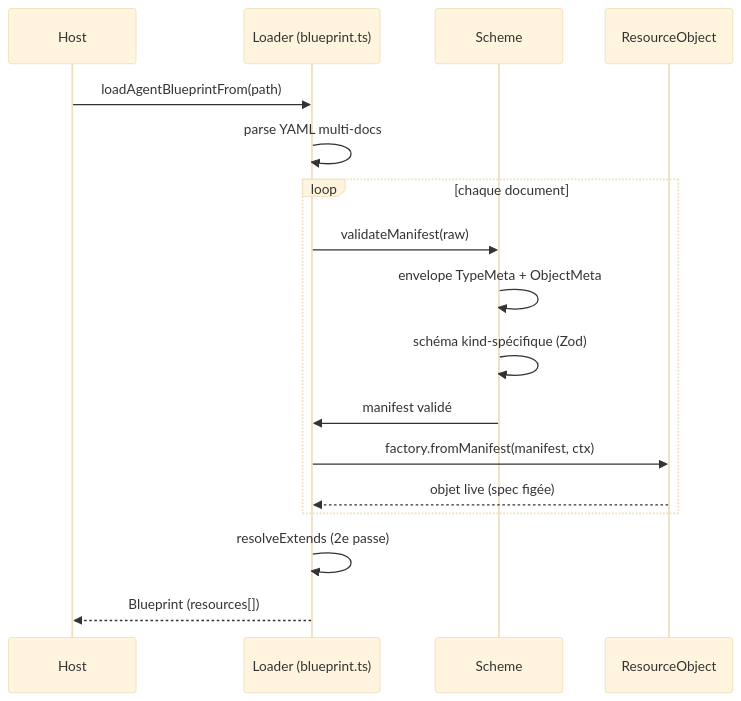
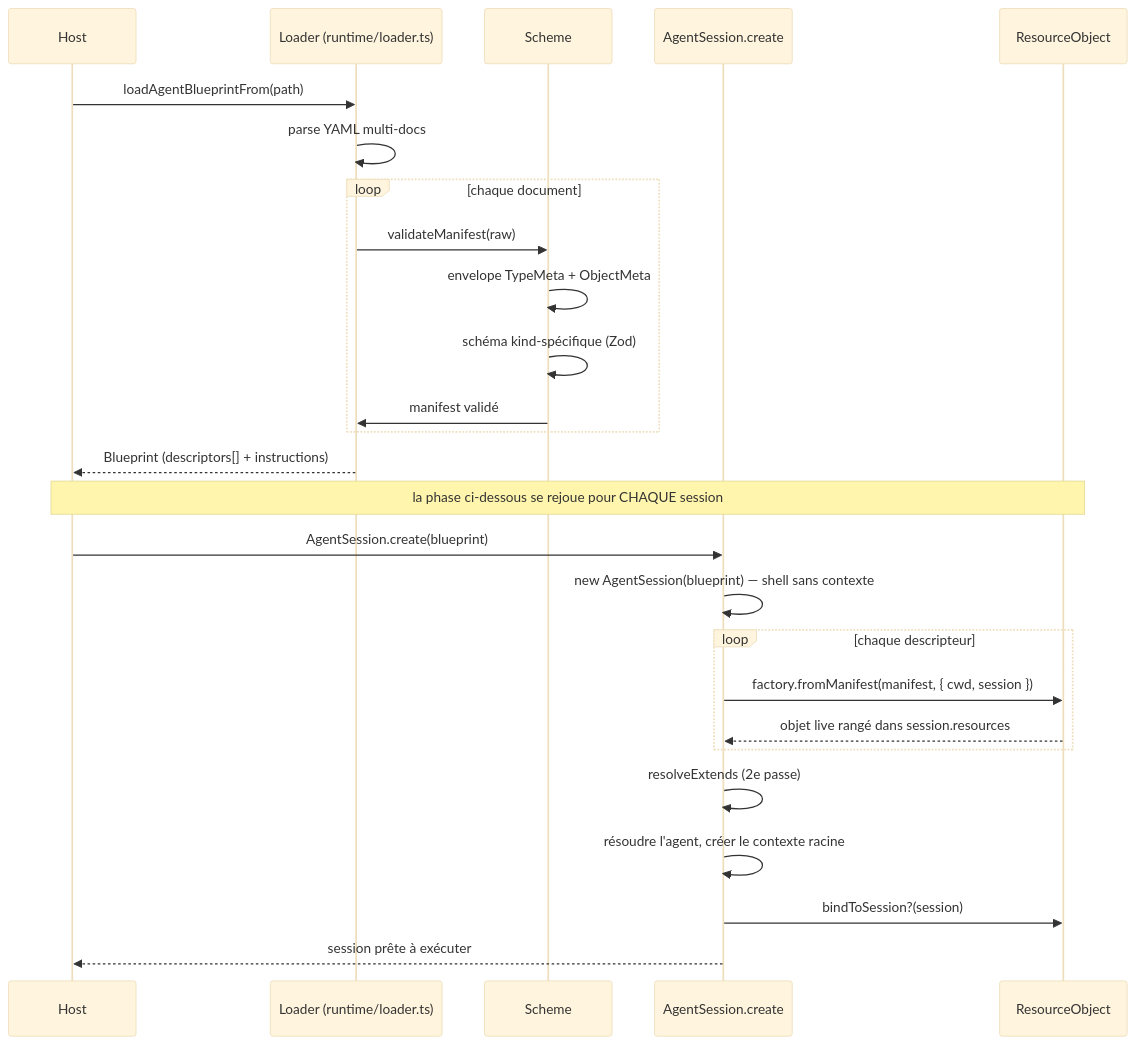
One commit to wynsure/wynsure-agent-harness changed the second of 6 diagrams in docs/architecture.spec.md. Above: the diagram before and after it, drawn with Mermaid (base theme). The commit also changed other lines of this file and 52 other files, not shown here.

````diff
--- a/docs/architecture.spec.md
+++ b/docs/architecture.spec.md
@@ -182,19 +209,28 @@
 ```mermaid
 sequenceDiagram
     participant H as Host
-    participant L as Loader (blueprint.ts)
+    participant L as Loader (runtime/loader.ts)
     participant S as Scheme
+    participant A as AgentSession.create
     participant R as ResourceObject
     H->>L: loadAgentBlueprintFrom(path)
     L->>L: parse YAML multi-docs
     loop chaque document
         L->>S: validateManifest(raw)
         S->>S: envelope TypeMeta + ObjectMeta
         S->>S: schéma kind-spécifique (Zod)
         S->>L: manifest validé
-        L->>R: factory.fromManifest(manifest, ctx)
-        R-->>L: objet live (spec figée)
     end
-    L->>L: resolveExtends (2e passe)
-    L-->>H: Blueprint (resources[])
+    L-->>H: Blueprint (descriptors[] + instructions)
+    Note over H,R: la phase ci-dessous se rejoue pour CHAQUE session
+    H->>A: AgentSession.create(blueprint)
+    A->>A: new AgentSession(blueprint) — shell sans contexte
+    loop chaque descripteur
+        A->>R: factory.fromManifest(manifest, { cwd, session })
+        R-->>A: objet live rangé dans session.resources
+    end
+    A->>A: resolveExtends (2e passe)
+    A->>A: résoudre l'agent, créer le contexte racine
+    A->>R: bindToSession?(session)
+    A-->>H: session prête à exécuter
 ```
````
